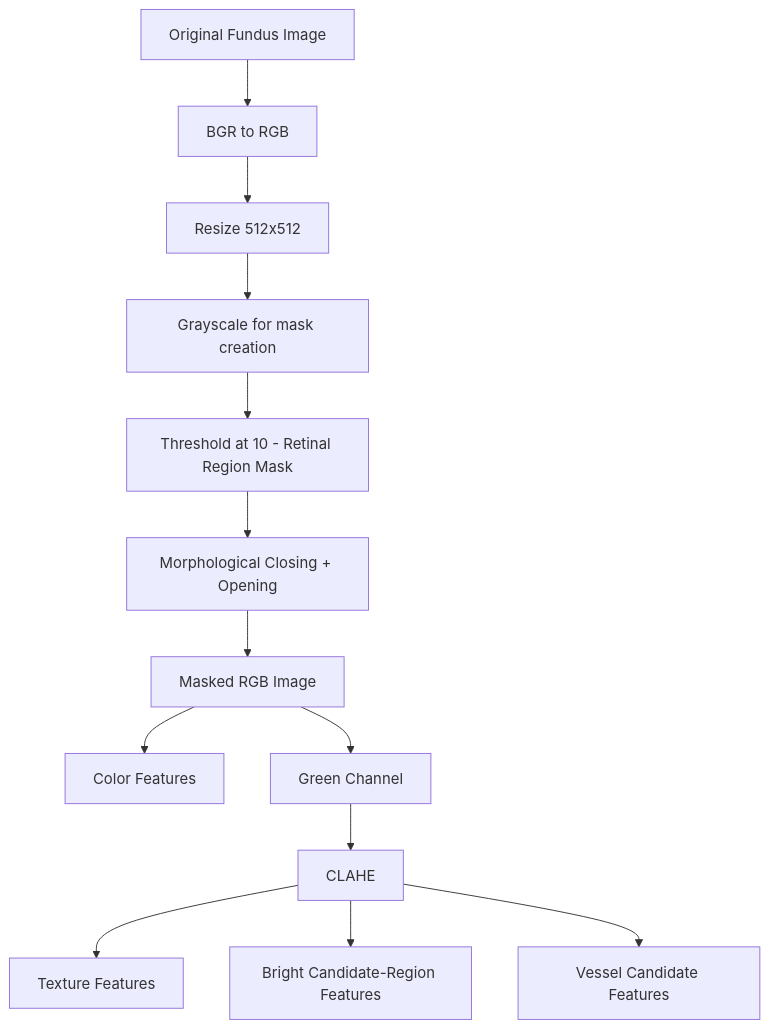
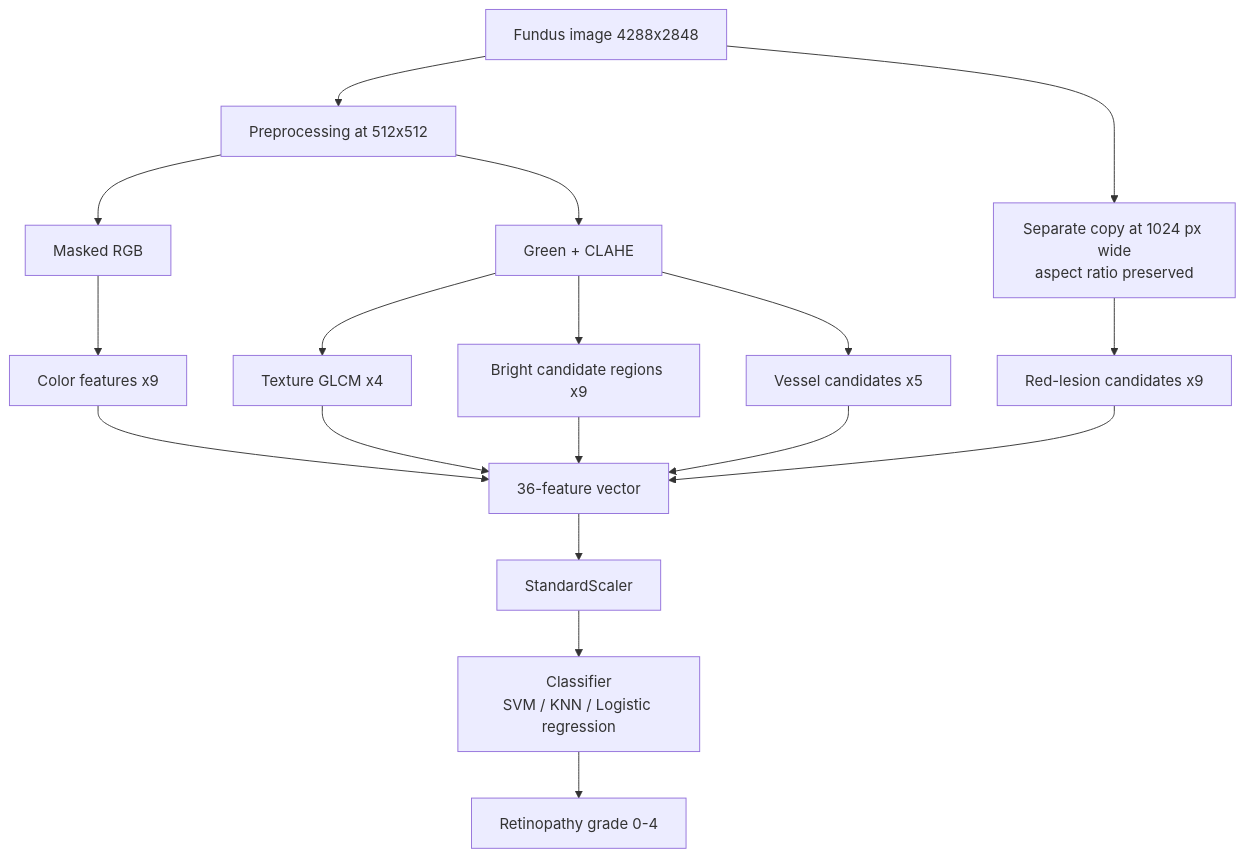
One commit to DeepakSkandh/diabetic-retinopathy-feature-classification changed the first of 2 diagrams in README.md. Above: the diagram before and after it, drawn with Mermaid. The commit also changed other lines of this file, not shown here.

````diff
--- a/README.md
+++ b/README.md
@@ -112,15 +99,19 @@
 ```mermaid
 flowchart TD
-    A[Original Fundus Image] --> B[BGR to RGB]
-    B --> C[Resize 512x512]
-    C --> D[Grayscale for mask creation]
-    D --> E[Threshold at 10 - Retinal Region Mask]
-    E --> F[Morphological Closing + Opening]
-    F --> G[Masked RGB Image]
-    G --> H[Color Features]
-    G --> I[Green Channel]
-    I --> J[CLAHE]
-    J --> K[Texture Features]
-    J --> L[Bright Candidate-Region Features]
-    J --> M[Vessel Candidate Features]
+    A[Fundus image 4288x2848] --> B[Preprocessing at 512x512]
+    A --> R[Separate copy at 1024 px wide<br/>aspect ratio preserved]
+
+    B --> C[Masked RGB]
+    B --> G[Green + CLAHE]
+
+    C --> F1[Color features x9]
+    G --> F2[Texture GLCM x4]
+    G --> F3[Bright candidate regions x9]
+    G --> F4[Vessel candidates x5]
+    R --> F5[Red-lesion candidates x9]
+
+    F1 & F2 & F3 & F4 & F5 --> M[36-feature vector]
+    M --> S[StandardScaler]
+    S --> K[Classifier<br/>SVM / KNN / Logistic regression]
+    K --> O[Retinopathy grade 0-4]
 ```
````
